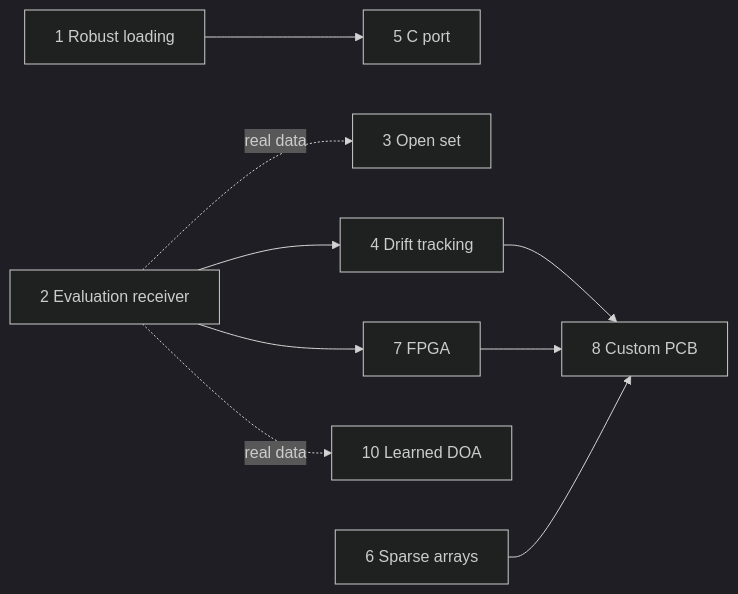
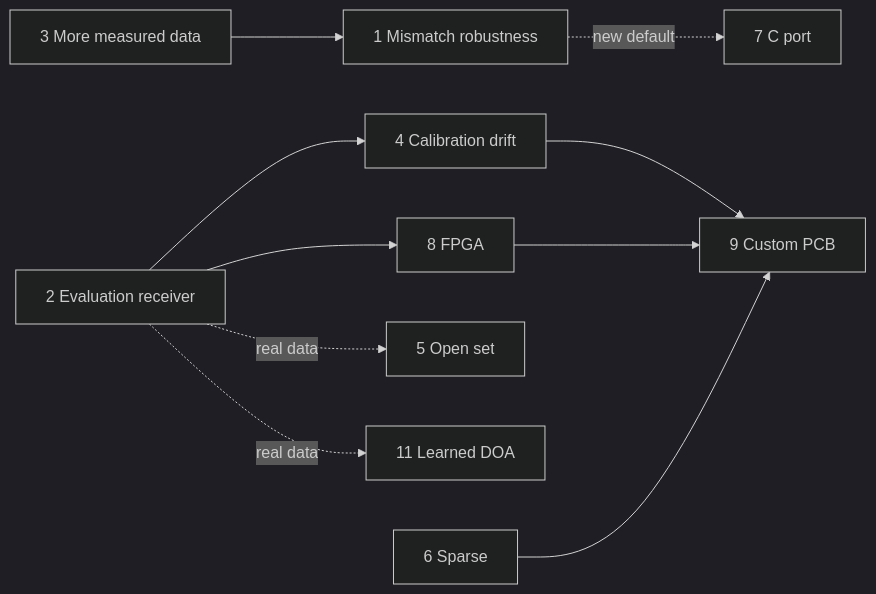
One commit to JoachimNadal/Adaptive-Beamforming-Simulation changed the diagram in docs/RND_ROADMAP.md. Above: the diagram before and after it, drawn with Mermaid (dark theme). The commit also changed other lines of this file and 2 other files, not shown here.

Commit message:
docs: update the R&D roadmap with the results of the five studies and the receiver survey

````diff
--- a/docs/RND_ROADMAP.md
+++ b/docs/RND_ROADMAP.md
@@ -165,9 +153,9 @@
 ```mermaid
 graph LR
-  R1[1 Robust loading] --> R5[5 C port]
-  R3[3 Open set]
-  R2[2 Evaluation receiver] --> R4[4 Drift tracking] --> R8[8 Custom PCB]
-  R2 --> R7[7 FPGA] --> R8
-  R2 -. real data .-> R3 & R10[10 Learned DOA]
-  R6[6 Sparse arrays] --> R8
+  R3[3 More measured data] --> R1[1 Mismatch robustness]
+  R2[2 Evaluation receiver] --> R4[4 Calibration drift] --> R9[9 Custom PCB]
+  R2 --> R8[8 FPGA] --> R9
+  R1 -. new default .-> R7[7 C port]
+  R2 -. real data .-> R5[5 Open set] & R11[11 Learned DOA]
+  R6[6 Sparse] --> R9
 ```
````
